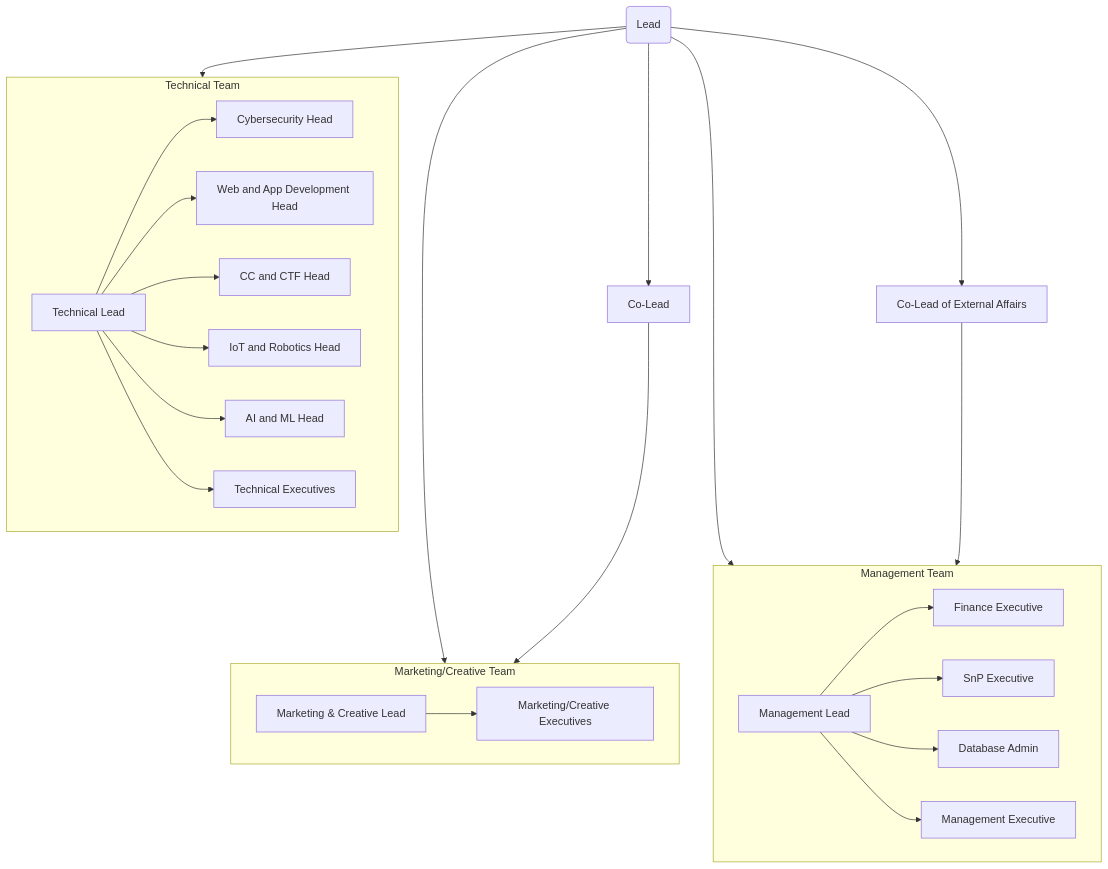
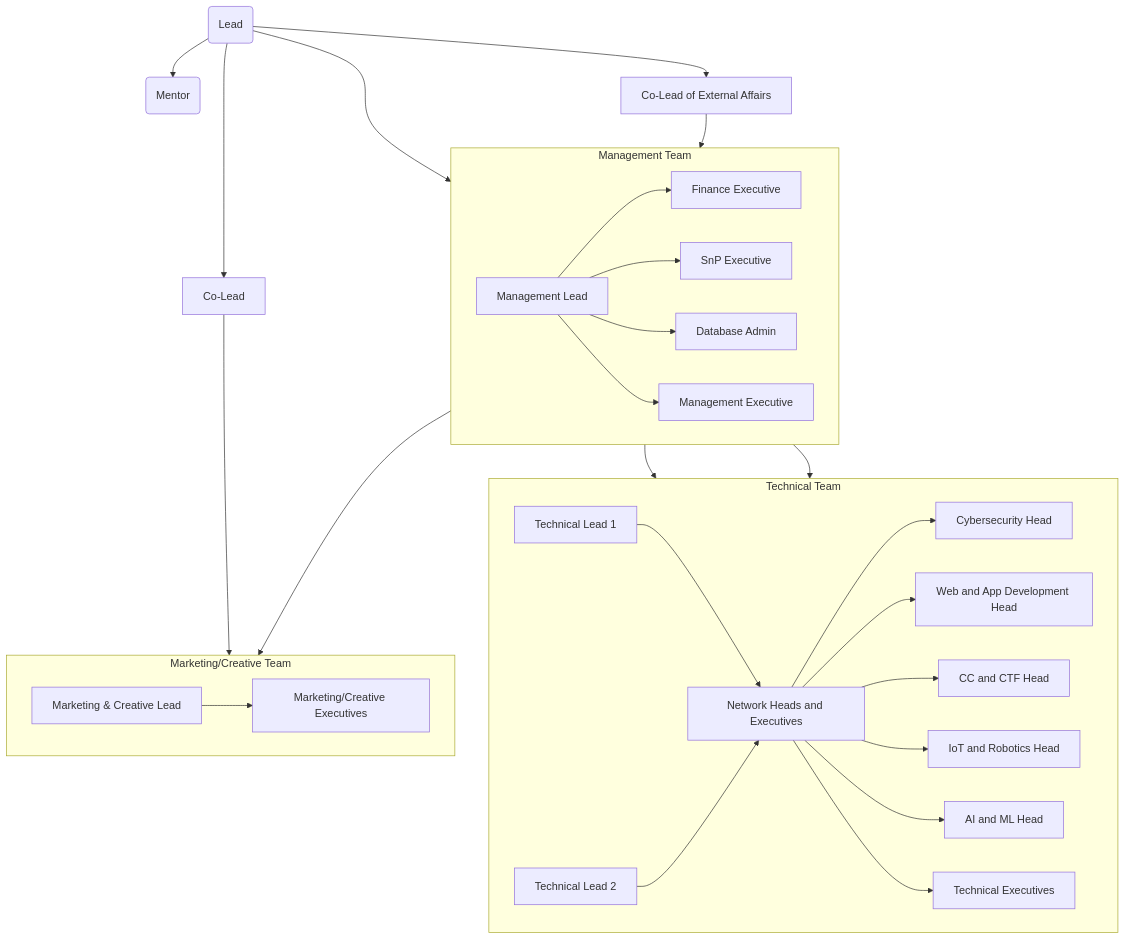
Before and after one commit to gdscbpdc/GDSC-SnP: the diagram in docs/council_structure.md, drawn with Mermaid.

Commit message:
Update council_structure.md
Management team position change + Added Mentor + Added two technical leads

````diff
--- a/docs/council_structure.md
+++ b/docs/council_structure.md
@@ -1,34 +1,38 @@
 ```mermaid
 flowchart TD
     LE("Lead") --> CO["Co-Lead"]
+    LE --> ME("Mentor")
     LE --> MGMT["Management Lead"]
     LE --> EX["Co-Lead of External Affairs"]
-    LE --> TE["Technical Lead"]
-    LE --> MC["Marketing & Creative Lead"]
+    MGMT --> TE1["Technical Lead 1"]
+    MGMT --> TE2["Technical Lead 2"]
+    MGMT --> MC["Marketing & Creative Lead"]
 
     CO --> MC
     EX --> MGMT
 
     subgraph Management Team
         direction LR
         MGMT --> MG1["Finance Executive"]
         MGMT --> MG2["SnP Executive"]
         MGMT --> MG3["Database Admin"]
         MGMT --> MG4["Management Executive"]
     end
 
     subgraph Technical Team
         direction LR
-        TE --> TH1["Cybersecurity Head"]
-        TE --> TH2["Web and App Development Head"]
-        TE --> TH3["CC and CTF Head"]
-        TE --> TH4["IoT and Robotics Head"]
-        TE --> TH5["AI and ML Head"]
-        TE --> TH6["Technical Executives"]
+        TE1 --> TSH["Network Heads and Executives"]
+        TE2 --> TSH
+        TSH --> TH1["Cybersecurity Head"]
+        TSH --> TH2["Web and App Development Head"]
+        TSH --> TH3["CC and CTF Head"]
+        TSH --> TH4["IoT and Robotics Head"]
+        TSH --> TH5["AI and ML Head"]
+        TSH --> TH6["Technical Executives"]
     end
 
     subgraph Marketing/Creative Team
         direction LR
         MC --> TMC1["Marketing/Creative Executives"]
     end
 ```
````
